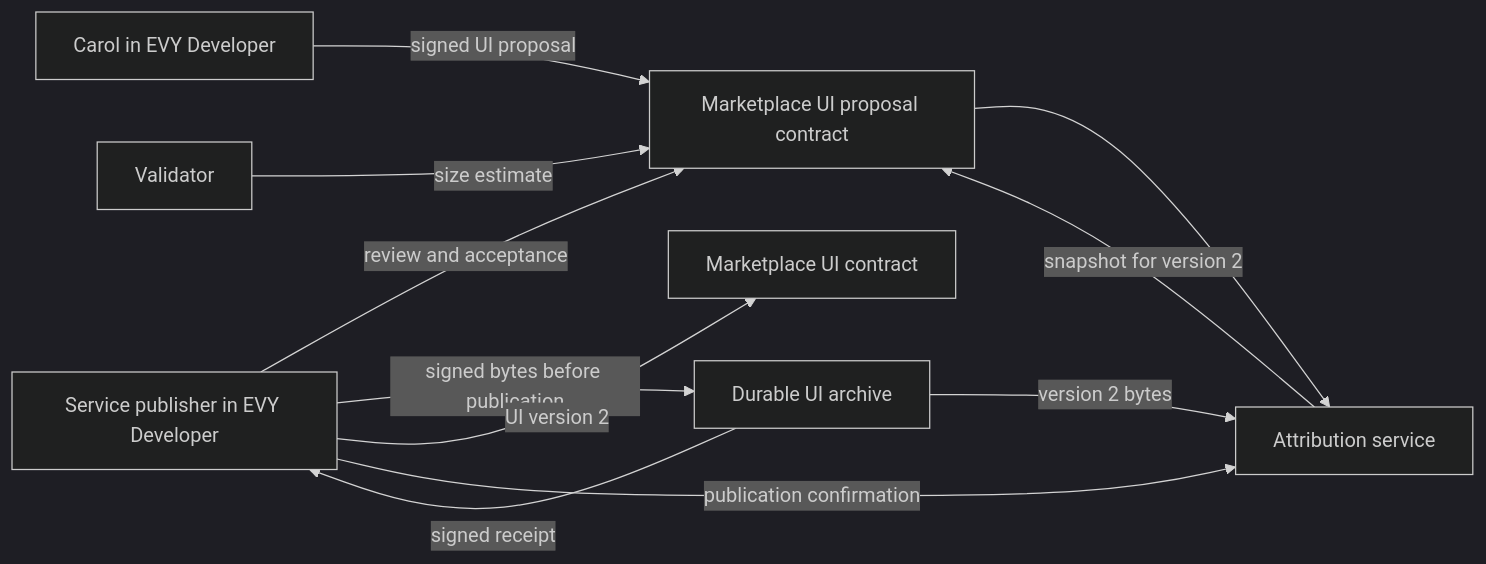
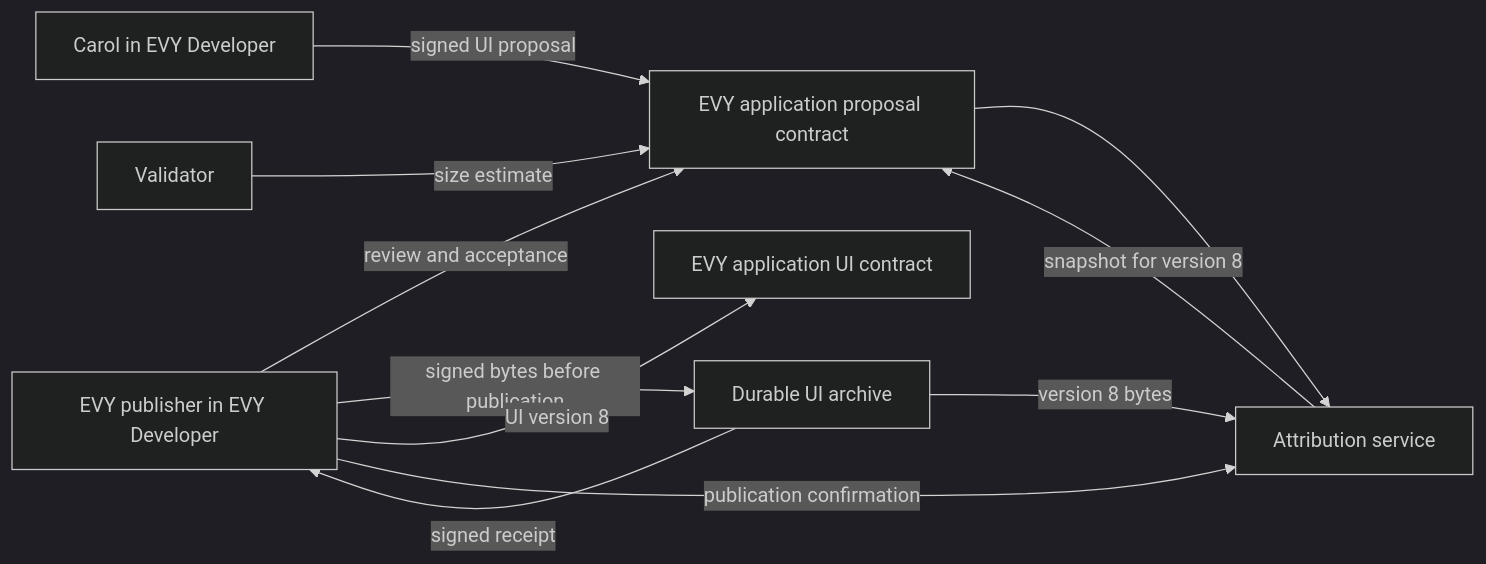
The diagram in 2-evy-on-freenet/08-attribution.md (EVY-Platform/evy-freenet-plans), drawn with Mermaid (dark theme) before and after one commit. The commit also changed other lines of this file and 35 other files, not shown here.

````diff
--- a/2-evy-on-freenet/08-attribution.md
+++ b/2-evy-on-freenet/08-attribution.md
@@ -100,13 +98,13 @@
 ```mermaid
 flowchart LR
-    Carol[Carol in EVY Developer] -->|signed UI proposal| Prop[Marketplace UI proposal contract]
+    Carol[Carol in EVY Developer] -->|signed UI proposal| Prop[EVY application proposal contract]
     Val[Validator] -->|size estimate| Prop
-    Pub[Service publisher in EVY Developer] -->|review and acceptance| Prop
+    Pub[EVY publisher in EVY Developer] -->|review and acceptance| Prop
     Pub -->|signed bytes before publication| Archive[Durable UI archive]
     Archive -->|signed receipt| Pub
-    Pub -->|UI version 2| UI[Marketplace UI contract]
+    Pub -->|UI version 8| UI[EVY application UI contract]
     Prop --> Attr[Attribution service]
     Pub -->|publication confirmation| Attr
-    Archive -->|version 2 bytes| Attr
-    Attr -->|snapshot for version 2| Prop
+    Archive -->|version 8 bytes| Attr
+    Attr -->|snapshot for version 8| Prop
 ```
````
